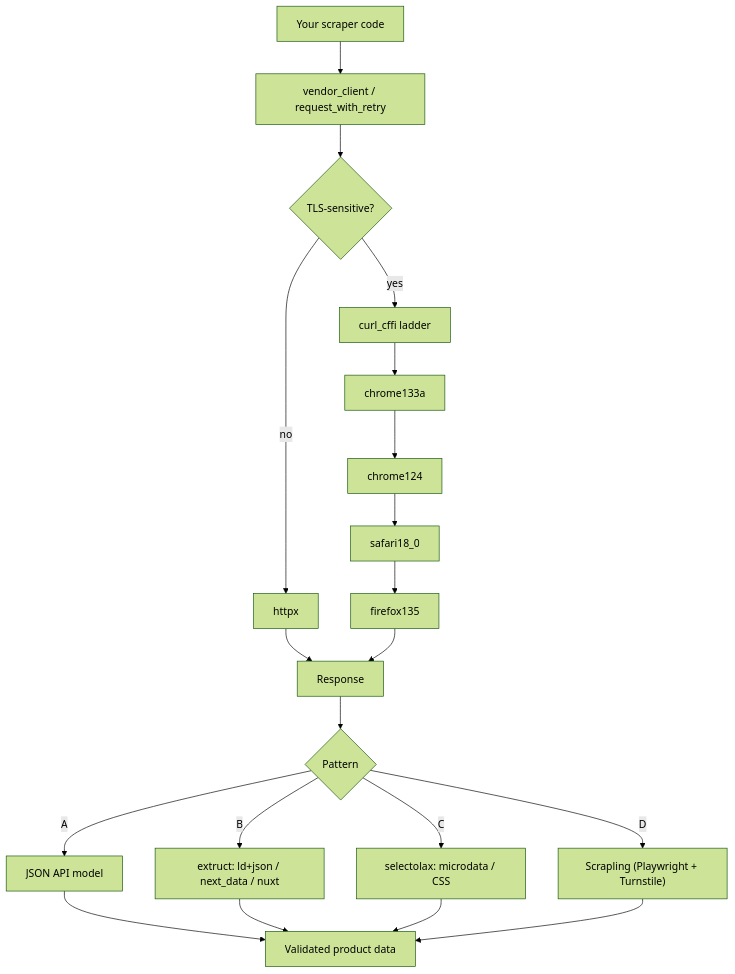
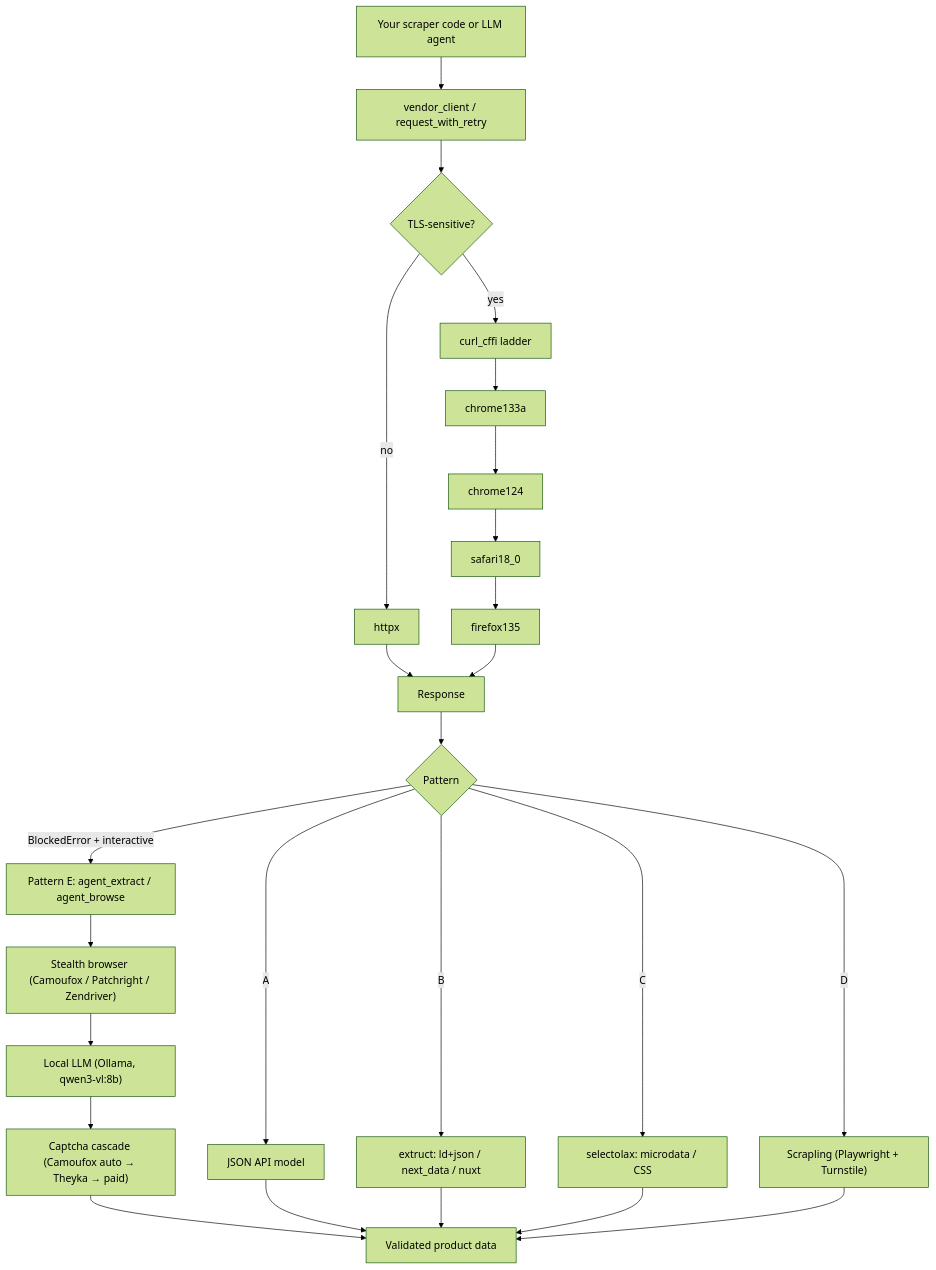
One commit to ValeroK/scrapper-tool changed the diagram in README.md. Above: the diagram before and after it, drawn with Mermaid (forest theme). The commit also changed other lines of this file and 61 other files, not shown here.

````diff
--- a/README.md
+++ b/README.md
@@ -73,19 +78,24 @@
 ```mermaid
 flowchart TD
-    A[Your scraper code] --> B[vendor_client / request_with_retry]
+    A[Your scraper code or LLM agent] --> B[vendor_client / request_with_retry]
     B --> C{TLS-sensitive?}
     C -- no --> D[httpx]
     C -- yes --> E[curl_cffi ladder]
     E --> E1[chrome133a] --> E2[chrome124] --> E3[safari18_0] --> E4[firefox135]
     D --> F[Response]
     E4 --> F
     F --> G{Pattern}
     G -- A --> H[JSON API model]
     G -- B --> I[extruct: ld+json / next_data / nuxt]
     G -- C --> J[selectolax: microdata / CSS]
     G -- D --> K["Scrapling (Playwright + Turnstile)"]
-    H --> L[Validated product data]
+    G -- "BlockedError + interactive" --> M["Pattern E: agent_extract / agent_browse"]
+    M --> M1["Stealth browser (Camoufox / Patchright / Zendriver)"]
+    M1 --> M2["Local LLM (Ollama, qwen3-vl:8b)"]
+    M2 --> M3["Captcha cascade (Camoufox auto → Theyka → paid)"]
+    M3 --> L[Validated product data]
+    H --> L
     I --> L
     J --> L
     K --> L
 ```
````
